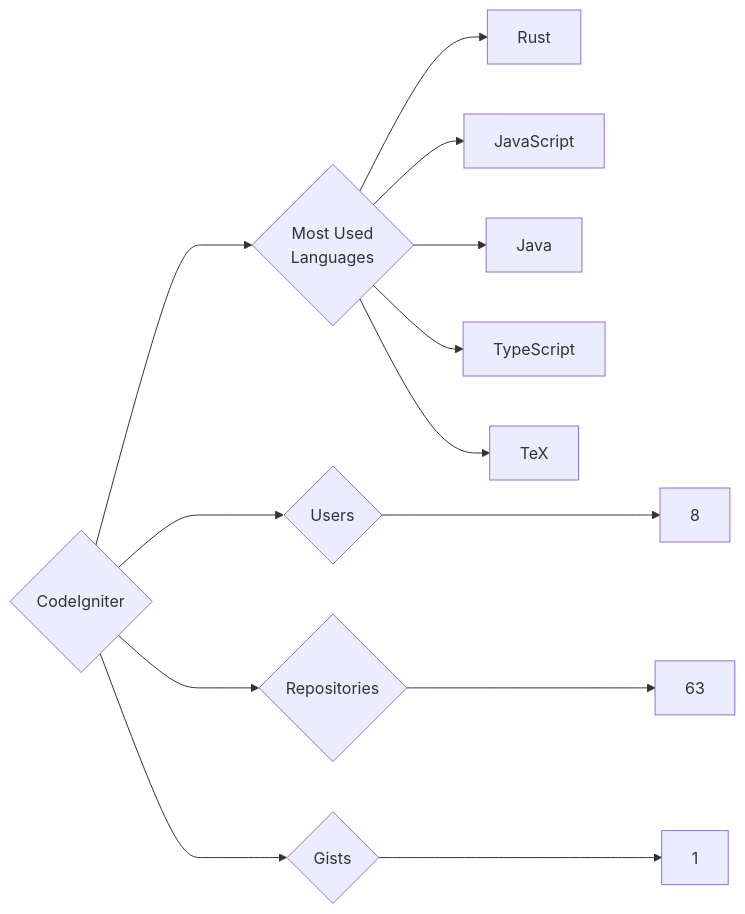
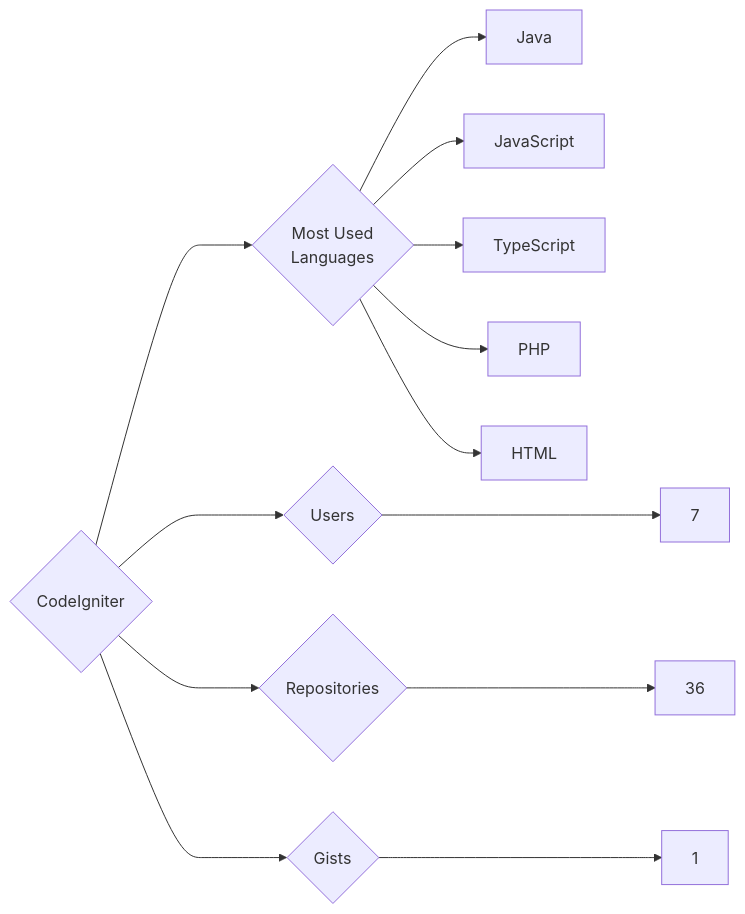
One commit to trickest/insiders changed the diagram in targets/CodeIgniter/README.md. Above: the diagram before and after it, drawn with Mermaid. The commit also changed 1123 other files, not shown here.

````diff
--- a/targets/CodeIgniter/README.md
+++ b/targets/CodeIgniter/README.md
@@ -3,13 +3,13 @@
 ```mermaid
 graph LR
 COMPANY_NAME{CodeIgniter}
-COMPANY_NAME ---> U{Users} ---> UN[8]
-COMPANY_NAME ---> R{Repositories} ---> RN[63]
+COMPANY_NAME ---> U{Users} ---> UN[7]
+COMPANY_NAME ---> R{Repositories} ---> RN[36]
 COMPANY_NAME ---> G{Gists} ---> GN[1]
 COMPANY_NAME ---> ML{Most Used<br>Languages}
-ML --> Rust[Rust]
+ML --> Java[Java]
 ML --> JavaScript[JavaScript]
-ML --> Java[Java]
 ML --> TypeScript[TypeScript]
-ML --> TeX[TeX]
+ML --> PHP[PHP]
+ML --> HTML[HTML]
 ```
````
